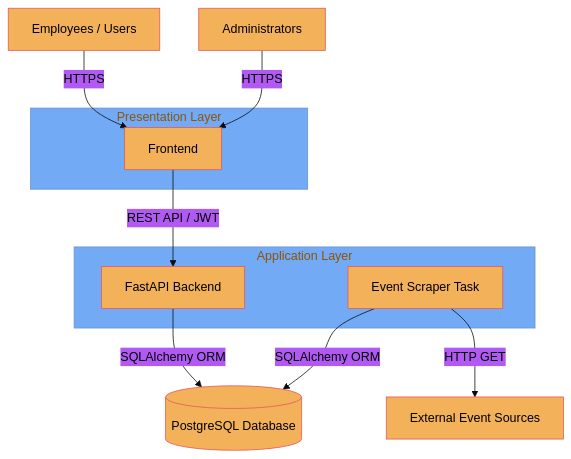
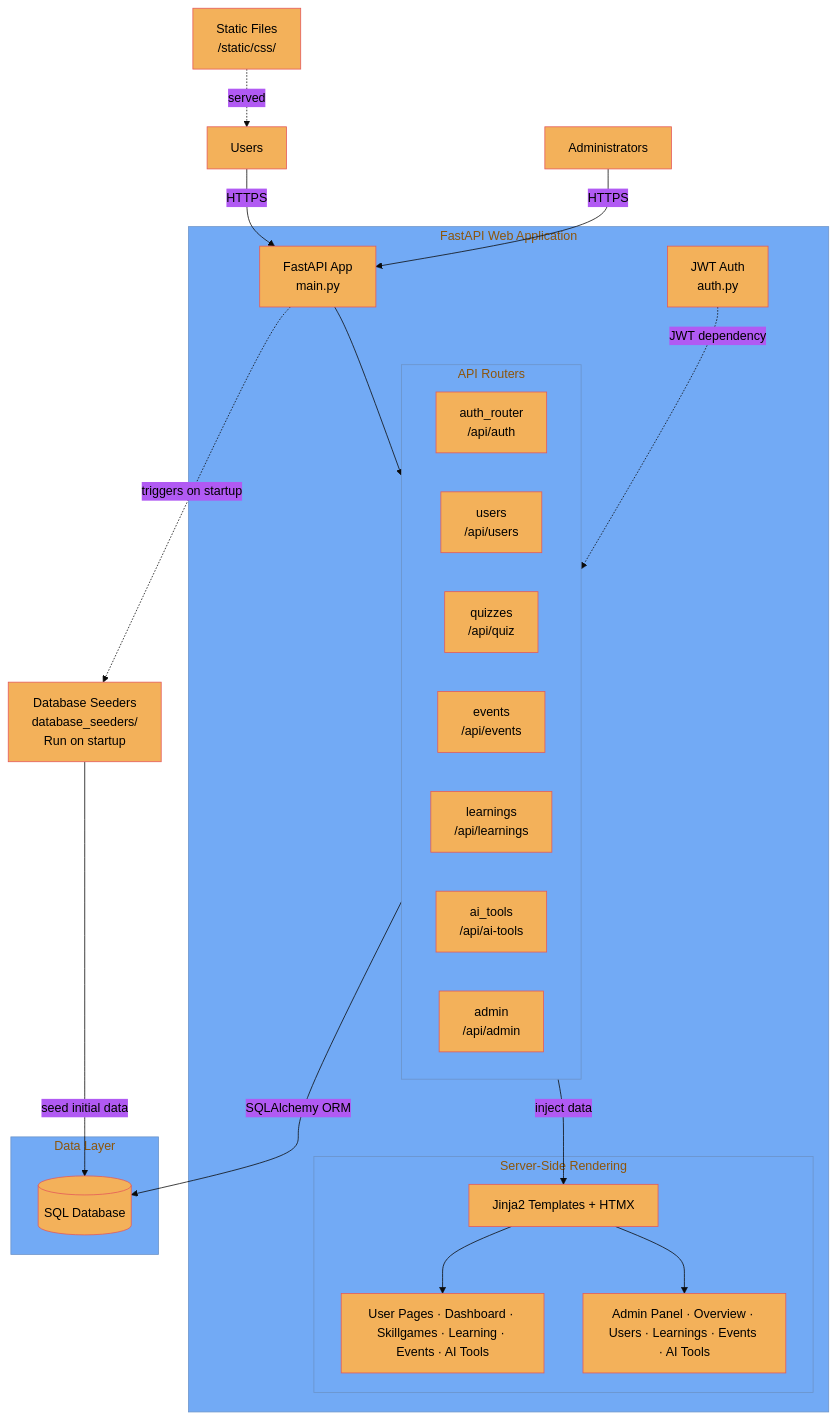
Before and after one commit to cravinoth-blip/metis: the diagram in documentation/components_diagram.mmd, drawn with Mermaid. The commit also changed 31 other files, not shown here.

```diff
--- a/documentation/components_diagram.mmd
+++ b/documentation/components_diagram.mmd
@@ -1,32 +1,51 @@
 %%{init: {
 'theme': 'base',
 'themeVariables': {
 'primaryColor': 'rgba(243, 177, 90, 1)',
 'primaryTextColor': '#000000ff',
 'primaryBorderColor': '#e45959ff'
 }
 }}%%
 flowchart TD
-    %% Users
-    U[Employees / Users] -->|HTTPS| UI[Frontend]
-    A[Administrators] -->|HTTPS| UI
+    %% Actors
+    U[Users] -->|HTTPS| API
+    A[Administrators] -->|HTTPS| API
 
-    %% Frontend
-    subgraph Frontend [Presentation Layer]
-        UI
+    subgraph Application [FastAPI Web Application]
+        API["FastAPI App<br>main.py"]
+        Auth[JWT Auth<br>auth.py]
+
+        subgraph Routers [API Routers]
+            AuthR[auth_router<br>/api/auth]
+            UsersR[users<br>/api/users]
+            QuizR[quizzes<br>/api/quiz]
+            EventsR[events<br>/api/events]
+            LearningsR[learnings<br>/api/learnings]
+            AIToolsR[ai_tools<br>/api/ai-tools]
+            AdminR[admin<br>/api/admin]
+        end
+
+        subgraph SSR [Server-Side Rendering]
+            Jinja[Jinja2 Templates + HTMX]
+            UserPages[User Pages · Dashboard · Skillgames · Learning · Events · AI Tools]
+            AdminPages[Admin Panel · Overview · Users · Learnings · Events · AI Tools]
+            Jinja --> UserPages
+            Jinja --> AdminPages
+        end
+
+        API --> Routers
+        Auth -.->|JWT dependency| Routers
+        Routers -->|inject data| Jinja
     end
 
-    %% Backend
-    UI -->|REST API / JWT| API[FastAPI Backend]
-    
-    subgraph Backend [Application Layer]
-        API
-        Scraper[Event Scraper Task]
+    subgraph DataLayer [Data Layer]
+        DB[(SQL Database)]
+
     end
 
-    %% Database
-    API -->|SQLAlchemy ORM| DB[(PostgreSQL Database)]
-    Scraper -->|SQLAlchemy ORM| DB
+    Routers -->|SQLAlchemy ORM| DB
+    Seeders[Database Seeders<br>database_seeders/<br>Run on startup] -->|seed initial data| DB
+    API -.->|triggers on startup| Seeders
 
-    %% External
-    Scraper -->|HTTP GET| ExtEvents[External Event Sources]
+    %% Static Assets
+    Static[Static Files<br>/static/css/] -.->|served| U
```
